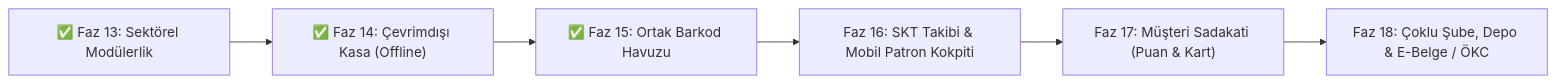
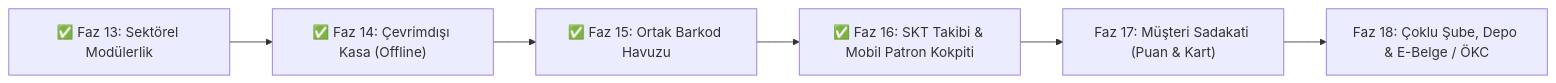
One commit to RAhsencicek/himar changed the diagram in docs/FAZ_YOL_HARITASI_VE_GUNCEL_DURUM.md. Above: the diagram before and after it, drawn with Mermaid. The commit also changed other lines of this file and 10 other files, not shown here.

Commit message:
feat(faz16): SKT & Parti takibi ve Mobil Patron Kokpiti (Zayiat onleme ve canli ciro/kar paneli) tamamlandi

````diff
--- a/docs/FAZ_YOL_HARITASI_VE_GUNCEL_DURUM.md
+++ b/docs/FAZ_YOL_HARITASI_VE_GUNCEL_DURUM.md
@@ -43,8 +43,8 @@
 ```mermaid
 flowchart LR
     F13["✅ Faz 13: Sektörel Modülerlik"] --> F14["✅ Faz 14: Çevrimdışı Kasa (Offline)"]
     F14 --> F15["✅ Faz 15: Ortak Barkod Havuzu"]
-    F15 --> F16["Faz 16: SKT Takibi & Mobil Patron Kokpiti"]
+    F15 --> F16["✅ Faz 16: SKT Takibi & Mobil Patron Kokpiti"]
     F16 --> F17["Faz 17: Müşteri Sadakati (Puan & Kart)"]
     F17 --> F18["Faz 18: Çoklu Şube, Depo & E-Belge / ÖKC"]
 ```
````
